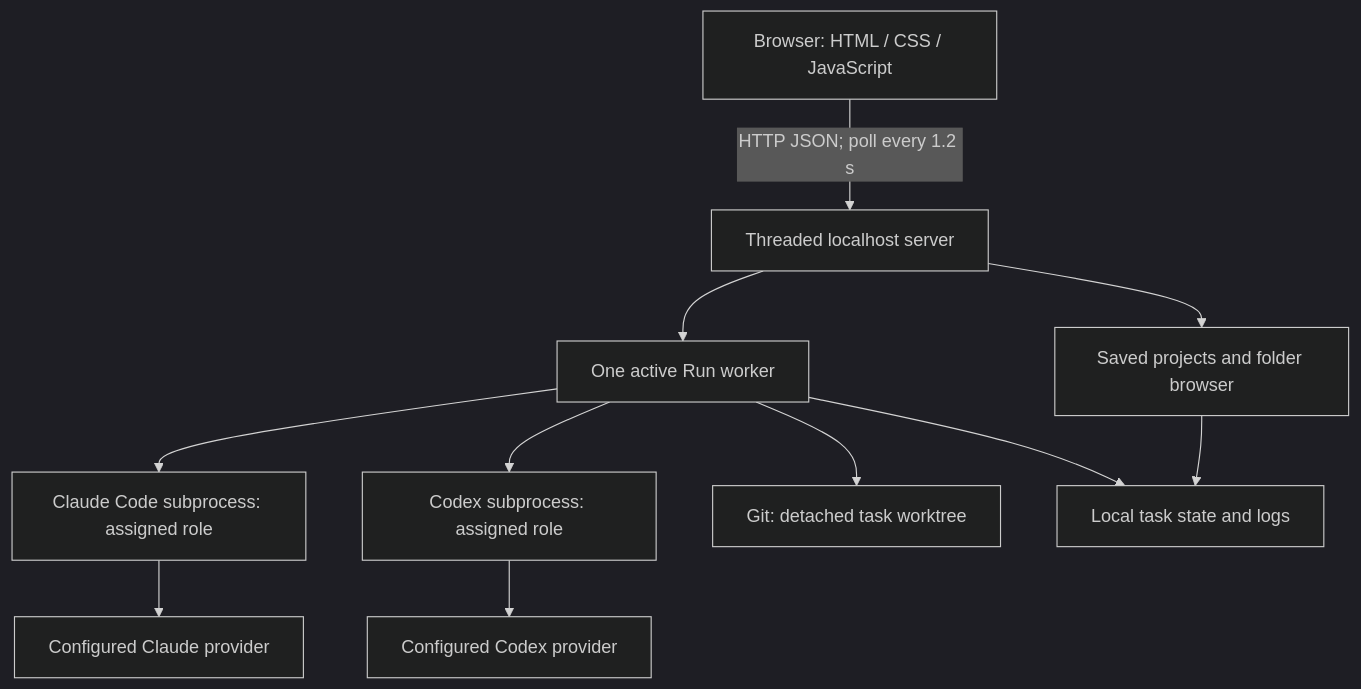
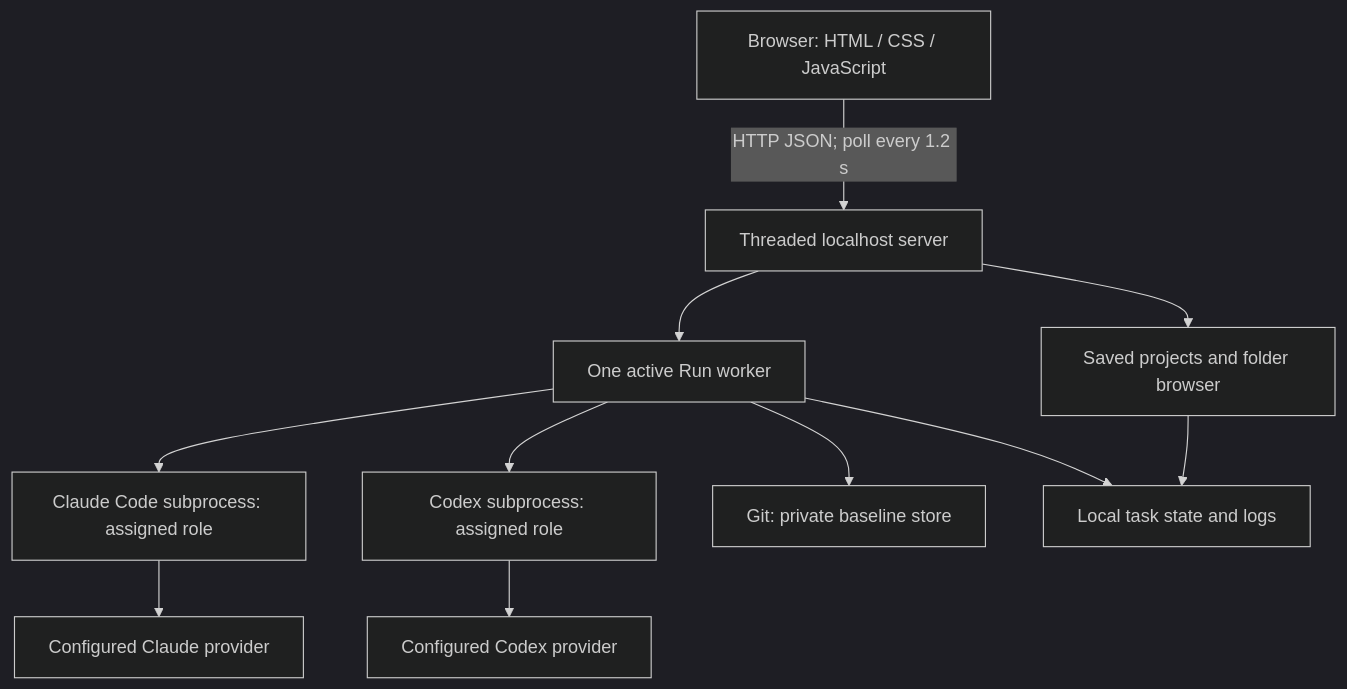
One commit to itsdimash/Relay changed the first of 2 diagrams in docs/ARCHITECTURE.md. Above: the diagram before and after it, drawn with Mermaid (dark theme). The commit also changed other lines of this file and 49 other files, not shown here.

````diff
--- a/docs/ARCHITECTURE.md
+++ b/docs/ARCHITECTURE.md
@@ -7,13 +7,13 @@
 ```mermaid
 flowchart TB
     UI[Browser: HTML / CSS / JavaScript] -->|HTTP JSON; poll every 1.2 s| HTTP[Threaded localhost server]
     HTTP --> Registry[Saved projects and folder browser]
     HTTP --> Runner[One active Run worker]
     Runner --> Claude[Claude Code subprocess: assigned role]
     Runner --> Codex[Codex subprocess: assigned role]
-    Runner --> Git[Git: detached task worktree]
+    Runner --> Git[Git: private baseline store]
     Runner --> Storage[Local task state and logs]
     Registry --> Storage
     Claude --> ProviderA[Configured Claude provider]
     Codex --> ProviderB[Configured Codex provider]
 ```
````
